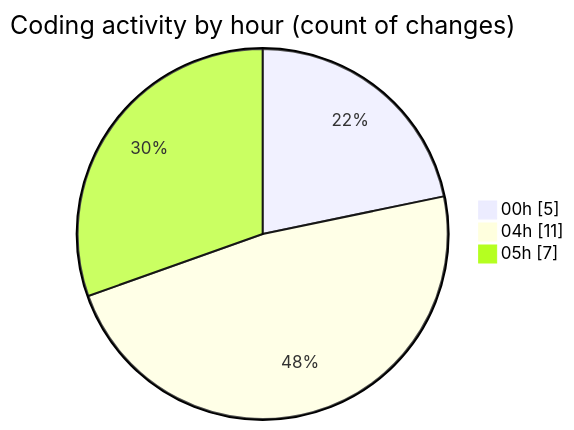
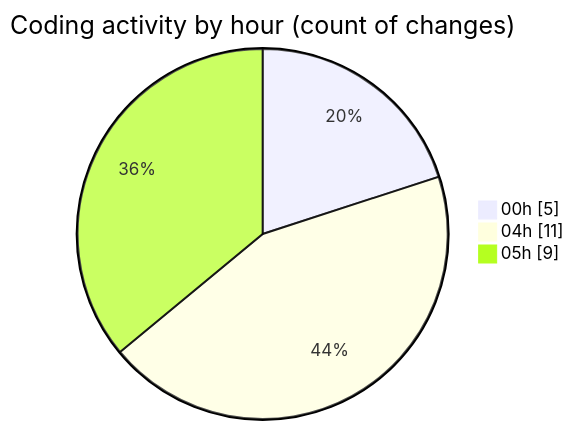
The second of 2 diagrams in 2025-03-28/autodidak/README.md (idhammustaqopulfikri/code-tracking), drawn with Mermaid before and after one commit. The commit also changed other lines of this file and 1 other file, not shown here.

````diff
--- a/2025-03-28/autodidak/README.md
+++ b/2025-03-28/autodidak/README.md
@@ -32,7 +33,7 @@
 ```mermaid
 pie showData
 title Coding activity by hour (count of changes)
 "00h" : 5
 "04h" : 11
-"05h" : 7
+"05h" : 9
 ```
````
